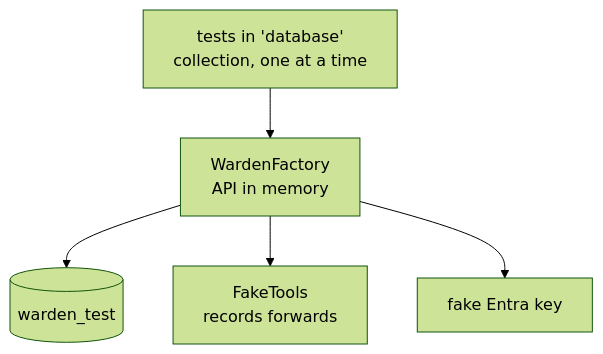
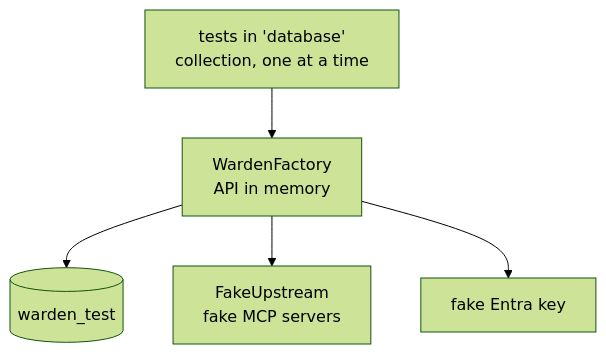
Before and after one commit to musishere/Warden-tickmark: diagram 20 of 24 in warden/docs/how-it-works.md, drawn with Mermaid (forest theme). The commit also changed other lines of this file and 32 other files, not shown here.

````diff
--- a/warden/docs/how-it-works.md
+++ b/warden/docs/how-it-works.md
@@ -1167,7 +1195,7 @@
 ```mermaid
 flowchart TB
     F["WardenFactory<br/>API in memory"] --> DB[("warden_test")]
-    F --> FT["FakeTools<br/>records forwards"]
+    F --> FT["FakeUpstream<br/>fake MCP servers"]
     F --> FE["fake Entra key"]
     T1["tests in 'database'<br/>collection, one at a time"] --> F
 ```
````
